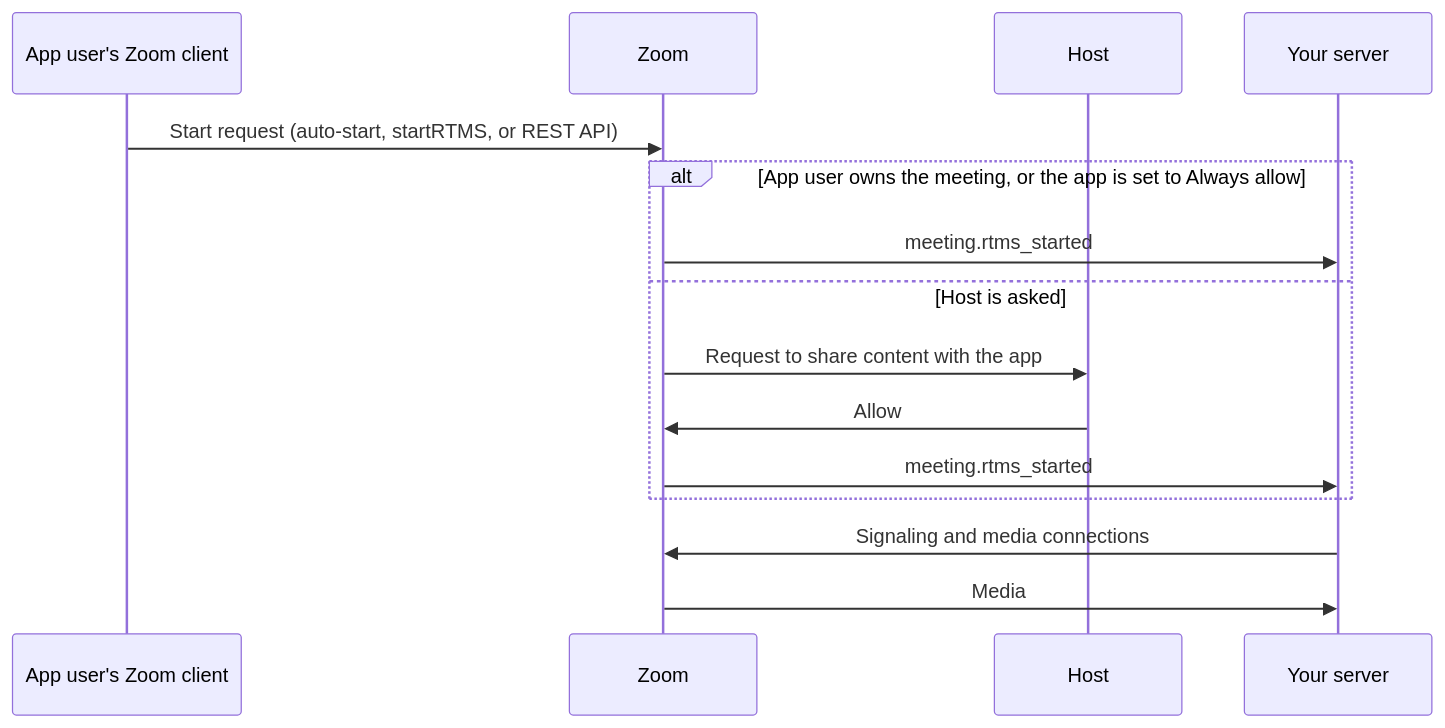
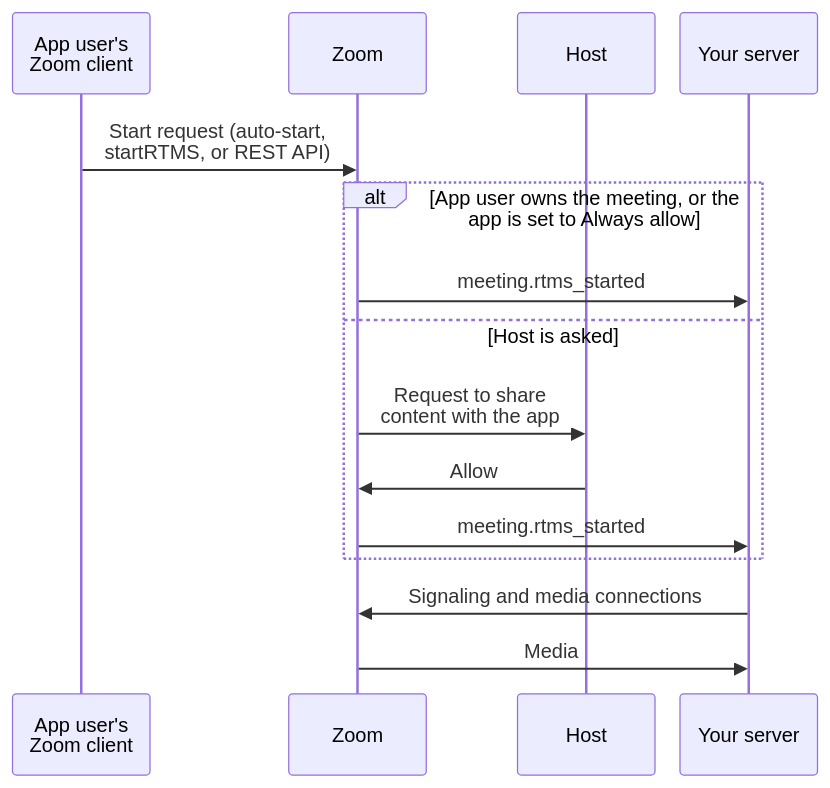
The third of 3 diagrams in blueprints/migrate-bot-to-rtms/index.md (zoom/blueprints), drawn with Mermaid before and after one commit. The commit also changed 2 other files, not shown here.

Commit message:
Fit the three sequence diagrams into the content column
A sequence diagram takes about 200px per participant, so these three
rendered 1235 to 2145px wide and were scaled down until unreadable.

- content-moderation-and-detection: both diagrams (seven and six
  participants) become top-to-bottom flowcharts. Every numbered step and
  participant is kept; the per-frame loop is a labelled group.
- migrate-bot-to-rtms: the start-flow diagram stays a sequence diagram
  with narrower columns set in a config block.
- STYLE_GUIDE.md: correct the sequence diagram limit and add the rule
  for merging edges between the same two boxes.

````diff
--- a/blueprints/migrate-bot-to-rtms/index.md
+++ b/blueprints/migrate-bot-to-rtms/index.md
@@ -289,17 +289,23 @@
 ```mermaid
+---
+config:
+  sequence:
+    width: 110
+    actorMargin: 20
+---
 sequenceDiagram
-    participant U as App user's Zoom client
+    participant U as App user's<br/>Zoom client
     participant Z as Zoom
     participant H as Host
     participant S as Your server
-    U->>Z: Start request (auto-start, startRTMS, or REST API)
+    U->>Z: Start request (auto-start,<br/>startRTMS, or REST API)
     alt App user owns the meeting, or the app is set to Always allow
         Z->>S: meeting.rtms_started
     else Host is asked
-        Z->>H: Request to share content with the app
+        Z->>H: Request to share<br/>content with the app
         H->>Z: Allow
         Z->>S: meeting.rtms_started
     end
     S->>Z: Signaling and media connections
     Z->>S: Media
 ```
````
